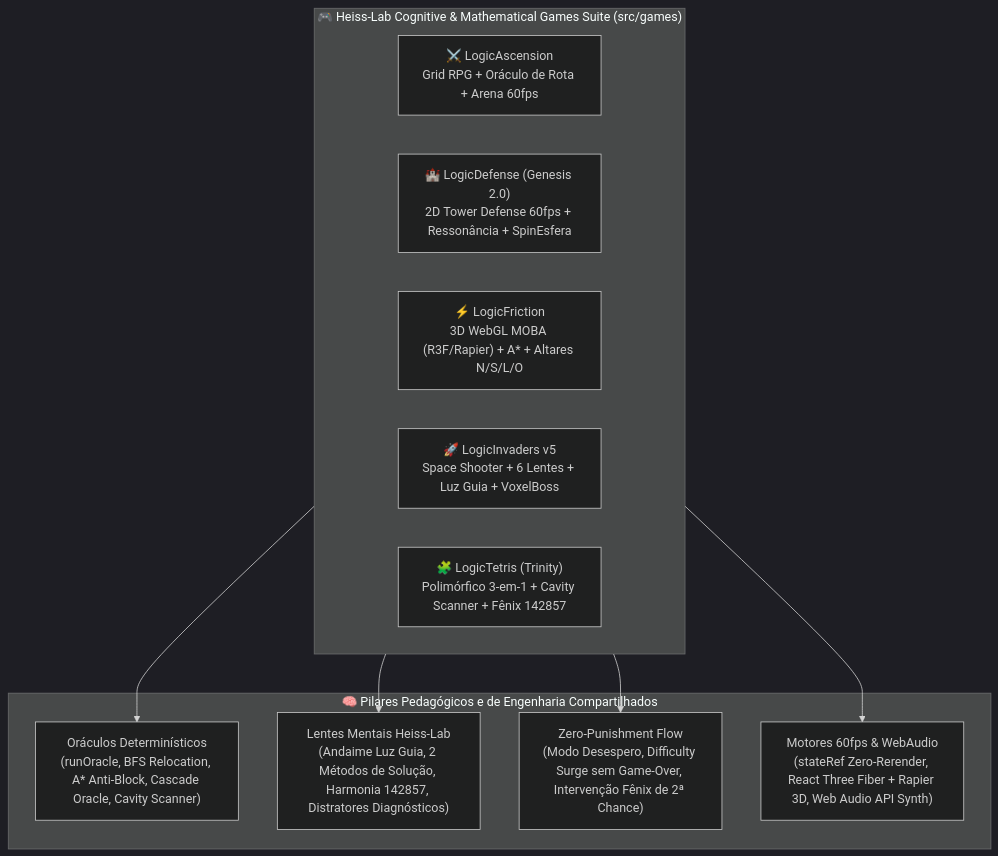
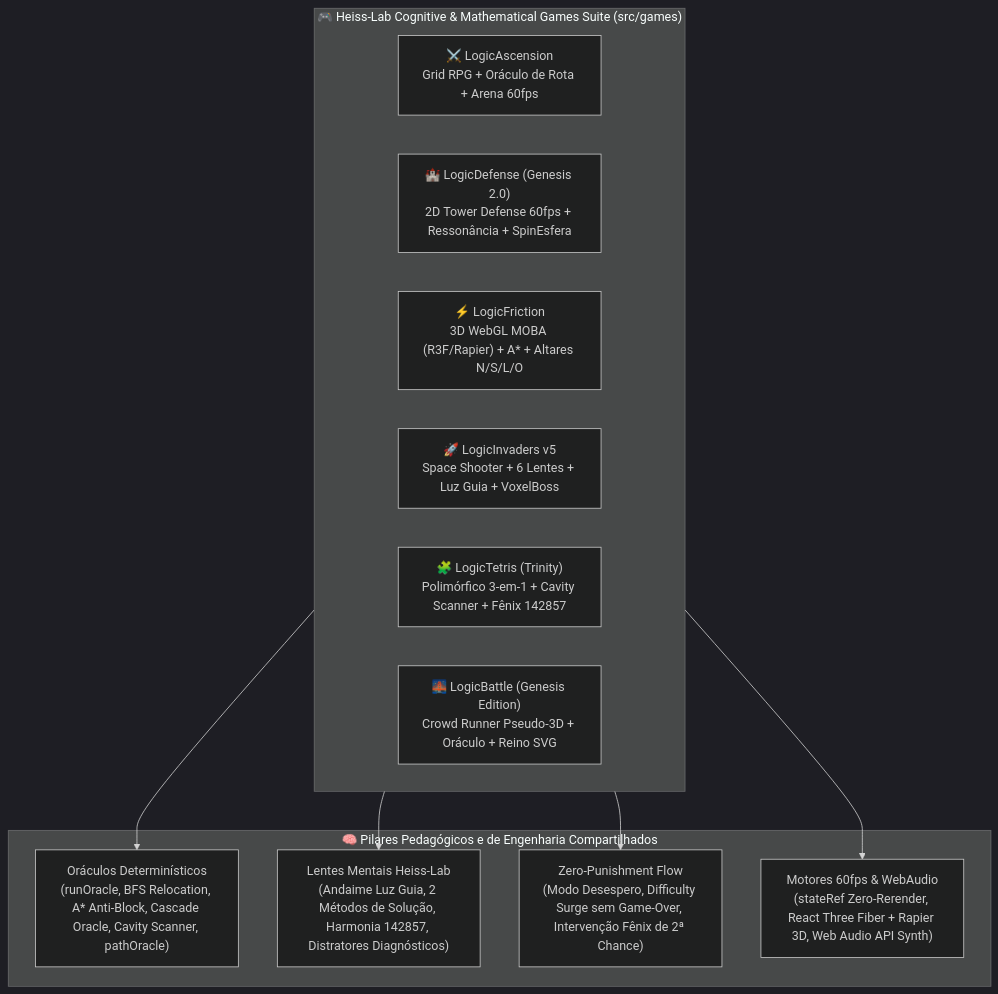
One commit to augustoheiss/LogicDefense changed the diagram in src/games/README.md. Above: the diagram before and after it, drawn with Mermaid (dark theme). The commit also changed 36 other files, not shown here.

Commit message:
feat(logic-battle): implement V2 concept-faithful visuals, battle director, minimal HUD & isometric realm

````diff
--- a/src/games/README.md
+++ b/src/games/README.md
@@ -22,23 +22,24 @@
 ```mermaid
 flowchart TB
     subgraph Suite["🎮 Heiss-Lab Cognitive & Mathematical Games Suite (src/games)"]
         direction LR
         G1["⚔️ LogicAscension<br/>Grid RPG + Oráculo de Rota + Arena 60fps"]
         G2["🏰 LogicDefense (Genesis 2.0)<br/>2D Tower Defense 60fps + Ressonância + SpinEsfera"]
         G3["⚡ LogicFriction<br/>3D WebGL MOBA (R3F/Rapier) + A* + Altares N/S/L/O"]
         G4["🚀 LogicInvaders v5<br/>Space Shooter + 6 Lentes + Luz Guia + VoxelBoss"]
         G5["🧩 LogicTetris (Trinity)<br/>Polimórfico 3-em-1 + Cavity Scanner + Fênix 142857"]
+        G6["🌉 LogicBattle (Genesis Edition)<br/>Crowd Runner Pseudo-3D + Oráculo + Reino SVG"]
     end
 
     subgraph Pillars["🧠 Pilares Pedagógicos e de Engenharia Compartilhados"]
-        P1["Oráculos Determinísticos<br/>(runOracle, BFS Relocation, A* Anti-Block, Cascade Oracle, Cavity Scanner)"]
+        P1["Oráculos Determinísticos<br/>(runOracle, BFS Relocation, A* Anti-Block, Cascade Oracle, Cavity Scanner, pathOracle)"]
         P2["Lentes Mentais Heiss-Lab<br/>(Andaime Luz Guia, 2 Métodos de Solução, Harmonia 142857, Distratores Diagnósticos)"]
         P3["Zero-Punishment Flow<br/>(Modo Desespero, Difficulty Surge sem Game-Over, Intervenção Fênix de 2ª Chance)"]
         P4["Motores 60fps & WebAudio<br/>(stateRef Zero-Rerender, React Three Fiber + Rapier 3D, Web Audio API Synth)"]
     end
 
     Suite --> P1
     Suite --> P2
     Suite --> P3
     Suite --> P4
 ```
````
